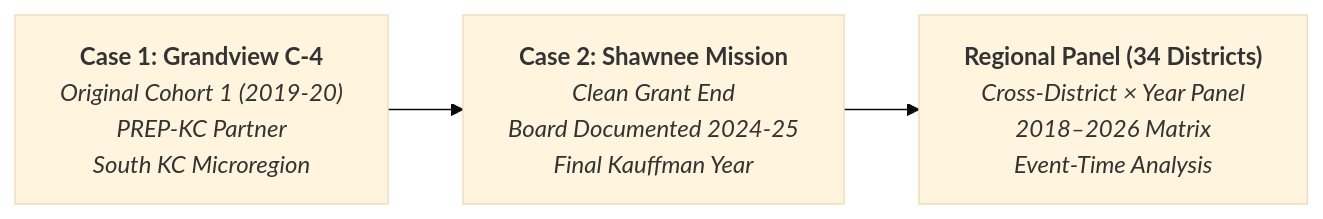
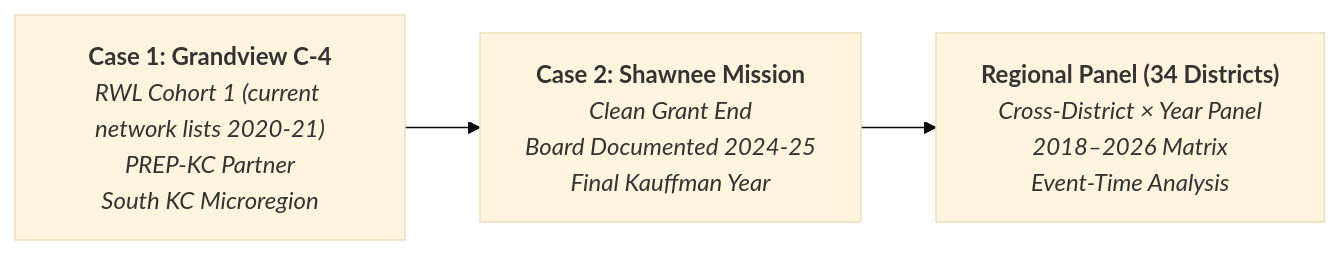
Before and after one commit to admiralorbiter/computational-sketchbook: the second of 2 diagrams in 2026/2026-09-26-rwl-institutionalization/README.md, drawn with Mermaid (base theme). The commit also changed other lines of this file, not shown here.

Commit message:
Document audited Task 001 status and unresolved Grandview grant lifecycle

````diff
--- a/2026/2026-09-26-rwl-institutionalization/README.md
+++ b/2026/2026-09-26-rwl-institutionalization/README.md
@@ -78,8 +78,8 @@
 ```mermaid
 flowchart LR
-    P1["<b>Case 1: Grandview C-4</b><br/><i>Original Cohort 1 (2019-20)<br/>PREP-KC Partner<br/>South KC Microregion</i>"]
+    P1["<b>Case 1: Grandview C-4</b><br/><i>RWL Cohort 1 (current network lists 2020-21)<br/>PREP-KC Partner<br/>South KC Microregion</i>"]
     P2["<b>Case 2: Shawnee Mission</b><br/><i>Clean Grant End<br/>Board Documented 2024-25<br/>Final Kauffman Year</i>"]
     P3["<b>Regional Panel (34 Districts)</b><br/><i>Cross-District × Year Panel<br/>2018–2026 Matrix<br/>Event-Time Analysis</i>"]
 
     P1 --> P2 --> P3
 ```
````
